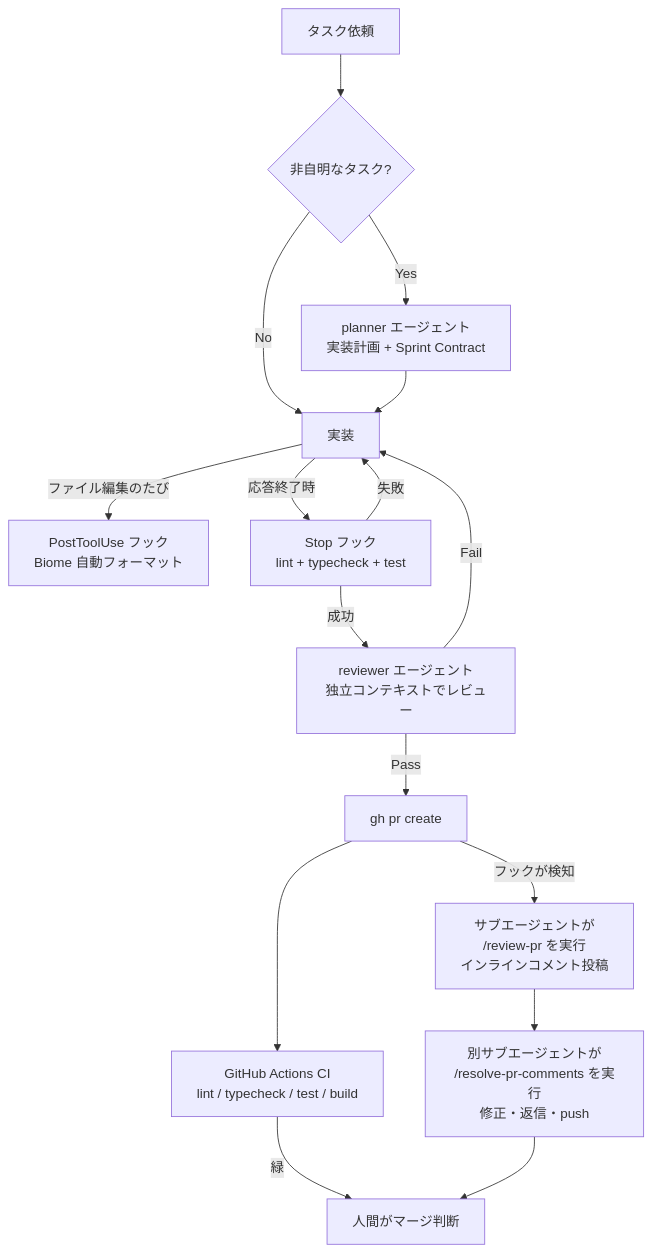
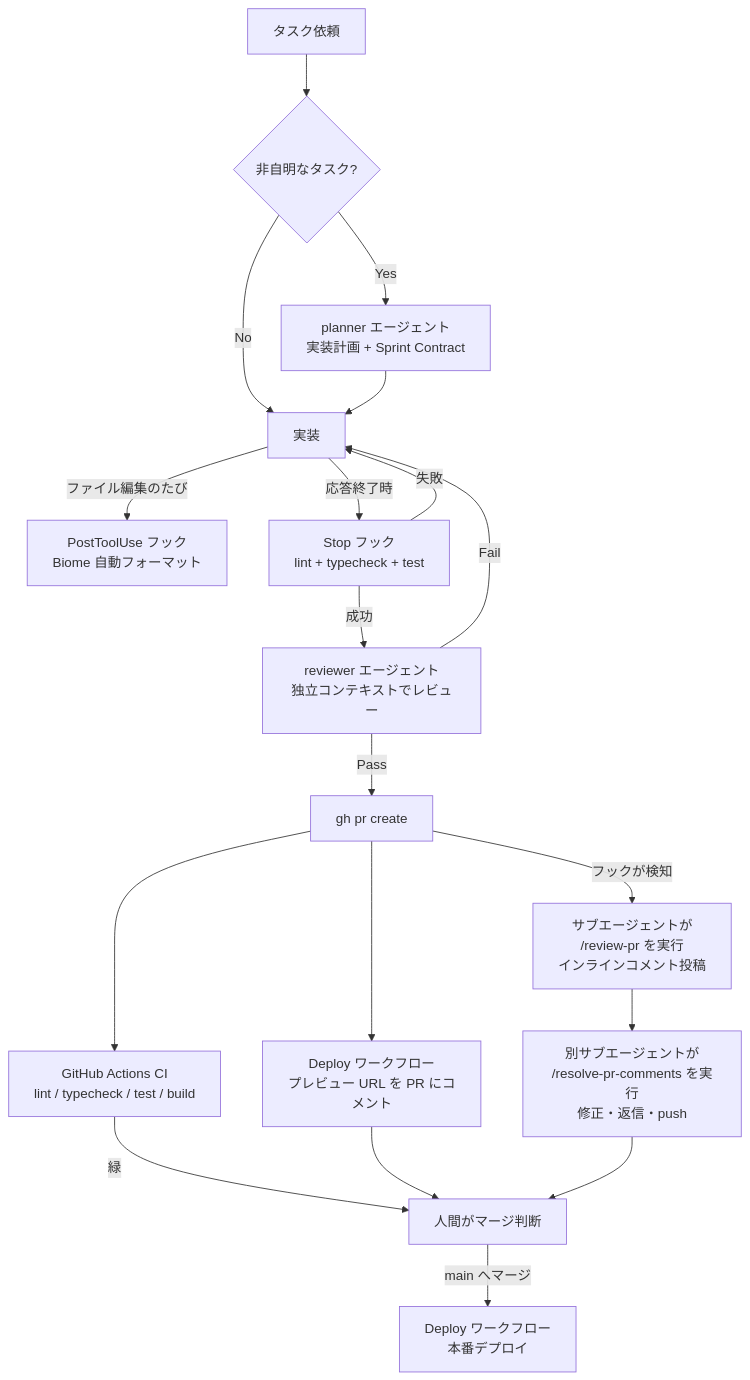
Before and after one commit to Suemura/client-side-image-converter: the diagram in docs/HARNESS.md, drawn with Mermaid. The commit also changed other lines of this file and 1 other file, not shown here.

````diff
--- a/docs/HARNESS.md
+++ b/docs/HARNESS.md
@@ -8,18 +8,21 @@
 ```mermaid
 flowchart TD
     A[タスク依頼] --> B{非自明なタスク?}
     B -- Yes --> C[planner エージェント<br>実装計画 + Sprint Contract]
     B -- No --> D[実装]
     C --> D
     D -- ファイル編集のたび --> E[PostToolUse フック<br>Biome 自動フォーマット]
     D -- 応答終了時 --> F[Stop フック<br>lint + typecheck + test]
     F -- 失敗 --> D
     F -- 成功 --> G[reviewer エージェント<br>独立コンテキストでレビュー]
     G -- Fail --> D
     G -- Pass --> H[gh pr create]
     H -- フックが検知 --> I[サブエージェントが<br>/review-pr を実行<br>インラインコメント投稿]
     I --> J[別サブエージェントが<br>/resolve-pr-comments を実行<br>修正・返信・push]
     H --> K[GitHub Actions CI<br>lint / typecheck / test / build]
+    H --> P[Deploy ワークフロー<br>プレビュー URL を PR にコメント]
     K -- 緑 --> L[人間がマージ判断]
+    P --> L
     J --> L
+    L -- main へマージ --> M[Deploy ワークフロー<br>本番デプロイ]
 ```
````
